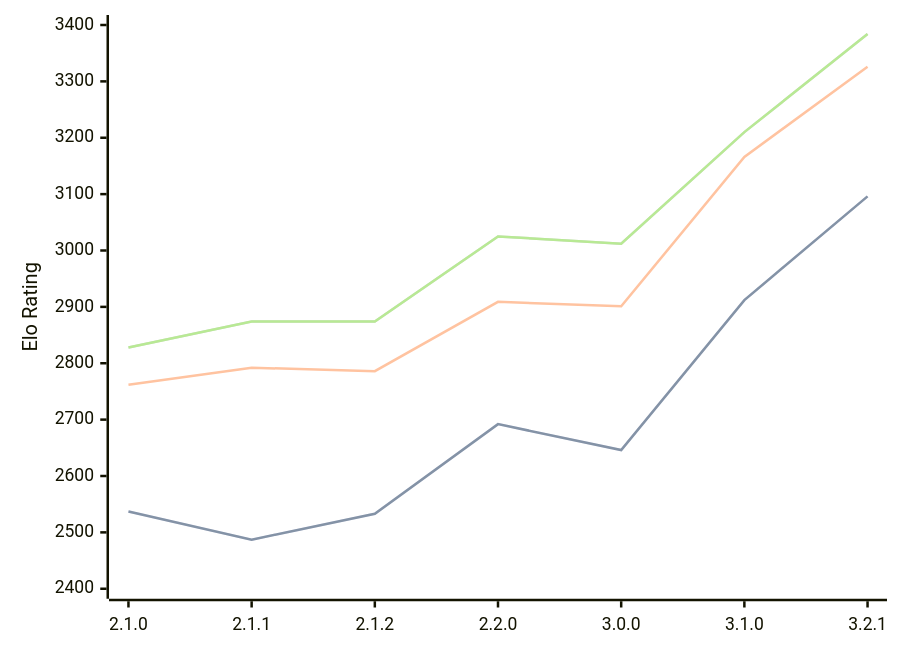
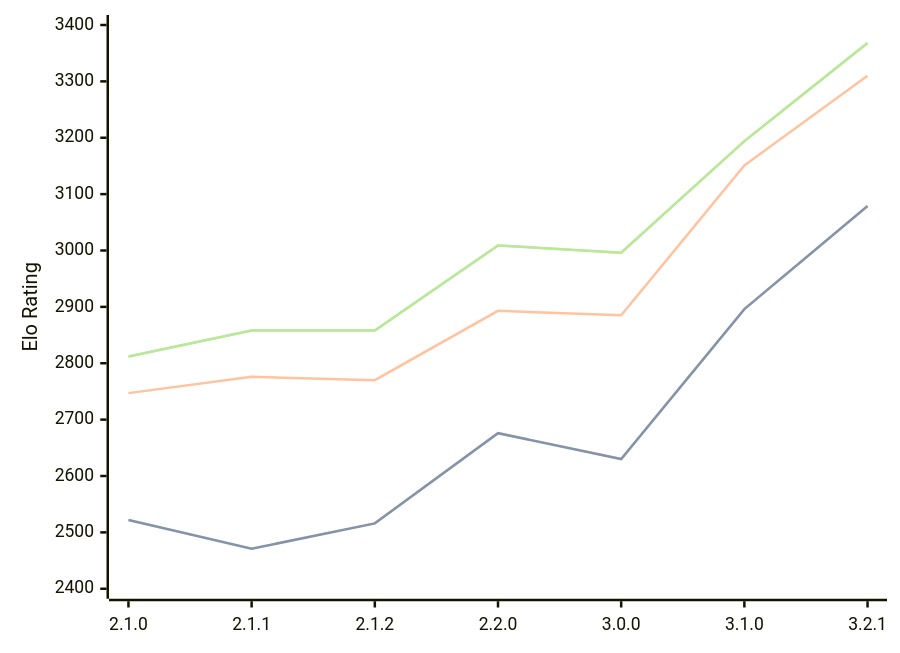
The diagram in engines/Prune.md (computer-chess-index/cci), drawn with Mermaid before and after one commit. The commit also changed other lines of this file, not shown here.

Commit message:
Update CCI Ratings (ELO VLTC) - 2026-05-20

````diff
--- a/engines/Prune.md
+++ b/engines/Prune.md
@@ -42,11 +42,11 @@
 ```mermaid
 %%{init: {"theme":"base","themeVariables":{"seriesColors:['#a3a3a3','#222221','#faa371']}}}%%
 xychart-beta
   x-axis ["2.1.0", "2.1.1", "2.1.2", "2.2.0", "3.0.0", "3.1.0", "3.2.1"]
   y-axis "Elo Rating" 2400 --> 3400
-  line "STC (8.0+0.08s)" [2537, 2487, 2533, 2692, 2646, 2912, 3096]
-  line "STC (8.0+0.08s)" [2537, 2487, 2533, 2692, 2646, 2912, 3096]
-  line "LTC (60.0+0.60s)" [2762, 2792, 2786, 2909, 2901, 3166, 3326]
-  line "VLTC (2m24s+1.12s)" [2828, 2874, 2874, 3025, 3012, 3210, 3384]
-  line "VLTC (2m24s+1.12s)" [2828, 2874, 2874, 3025, 3012, 3210, 3384]
+  line "STC (8.0+0.08s)" [2522, 2471, 2516, 2676, 2630, 2896, 3079]
+  line "STC (8.0+0.08s)" [2522, 2471, 2516, 2676, 2630, 2896, 3079]
+  line "LTC (60.0+0.60s)" [2747, 2776, 2770, 2893, 2885, 3151, 3310]
+  line "VLTC (2m24s+1.12s)" [2812, 2858, 2858, 3009, 2996, 3194, 3368]
+  line "VLTC (2m24s+1.12s)" [2812, 2858, 2858, 3009, 2996, 3194, 3368]
 ```
````
